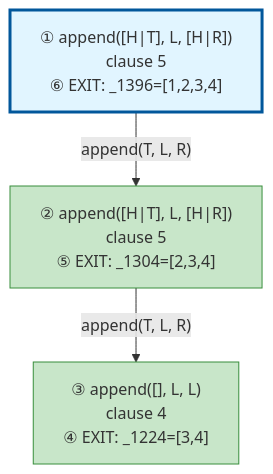
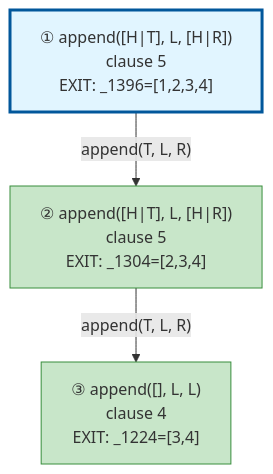
The diagram in examples/append-output.md (jarecsni/prolog-trace-viz), drawn with Mermaid before and after one commit. The commit also changed other lines of this file and 17 other files, not shown here.

First line of the commit message:
🐛 fix: timeline merging for recursive predicates

````diff
--- a/examples/append-output.md
+++ b/examples/append-output.md
@@ -59,17 +59,17 @@
 ```mermaid
 graph TD
 
 %% Nodes
-A["① append([H|T], L, [H|R])<br/>clause 5<br/>⑥ EXIT: _1396=[1,2,3,4]"]
-B["② append([H|T], L, [H|R])<br/>clause 5<br/>⑤ EXIT: _1304=[2,3,4]"]
-C["③ append([], L, L)<br/>clause 4<br/>④ EXIT: _1224=[3,4]"]
+A["① append([H|T], L, [H|R])<br/>clause 5<br/>EXIT: _1396=[1,2,3,4]"]
+B["② append([H|T], L, [H|R])<br/>clause 5<br/>EXIT: _1304=[2,3,4]"]
+C["③ append([], L, L)<br/>clause 4<br/>EXIT: _1224=[3,4]"]
 
 %% Edges
 A -->|"append(T, L, R)"| B
 B -->|"append(T, L, R)"| C
 
 %% Styles
 style A fill:#e1f5ff,stroke:#01579b,stroke-width:3px
 style B fill:#c8e6c9,stroke:#388e3c
 style C fill:#c8e6c9,stroke:#388e3c
 ```
````
